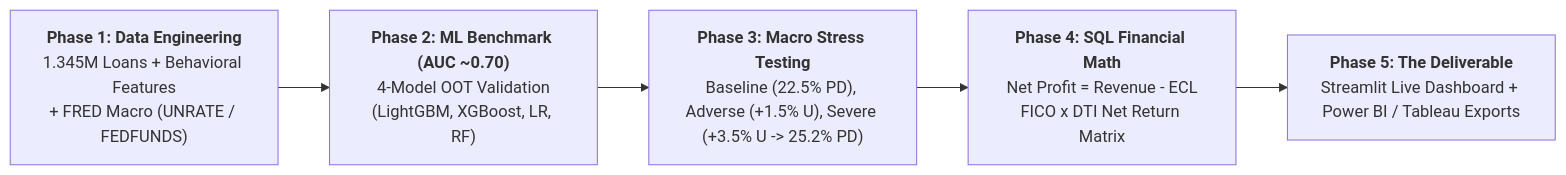
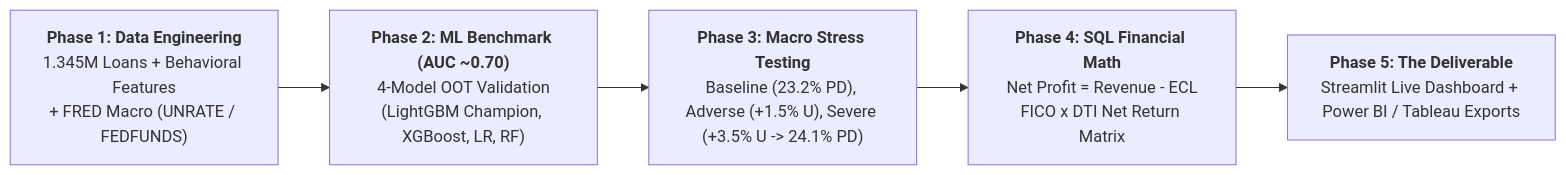
One commit to JAMIEL-J/credit-risk-analysis changed the first of 2 diagrams in README.md. Above: the diagram before and after it, drawn with Mermaid. The commit also changed other lines of this file and 15 other files, not shown here.

Commit message:
feat: deploy LightGBM as official production champion and align all downstream stress reports

````diff
--- a/README.md
+++ b/README.md
@@ -42,7 +42,7 @@
 ```mermaid
 flowchart LR
-    P1["<b>Phase 1: Data Engineering</b><br/>1.345M Loans + Behavioral Features<br/>+ FRED Macro (UNRATE / FEDFUNDS)"] --> P2["<b>Phase 2: ML Benchmark (AUC ~0.70)</b><br/>4-Model OOT Validation<br/>(LightGBM, XGBoost, LR, RF)"]
-    P2 --> P3["<b>Phase 3: Macro Stress Testing</b><br/>Baseline (22.5% PD), Adverse (+1.5% U), Severe (+3.5% U -> 25.2% PD)"]
+    P1["<b>Phase 1: Data Engineering</b><br/>1.345M Loans + Behavioral Features<br/>+ FRED Macro (UNRATE / FEDFUNDS)"] --> P2["<b>Phase 2: ML Benchmark (AUC ~0.70)</b><br/>4-Model OOT Validation<br/>(LightGBM Champion, XGBoost, LR, RF)"]
+    P2 --> P3["<b>Phase 3: Macro Stress Testing</b><br/>Baseline (23.2% PD), Adverse (+1.5% U), Severe (+3.5% U -> 24.1% PD)"]
     P3 --> P4["<b>Phase 4: SQL Financial Math</b><br/>Net Profit = Revenue - ECL<br/>FICO x DTI Net Return Matrix"]
     P4 --> P5["<b>Phase 5: The Deliverable</b><br/>Streamlit Live Dashboard + Power BI / Tableau Exports"]
 ```
````
